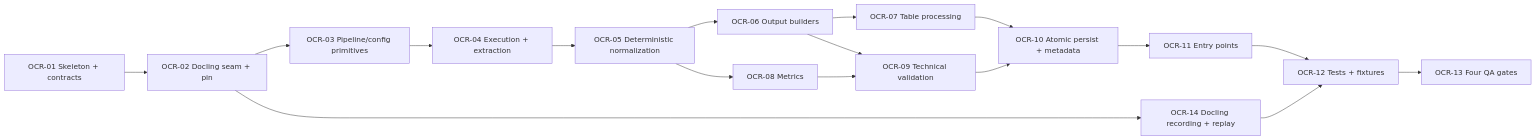
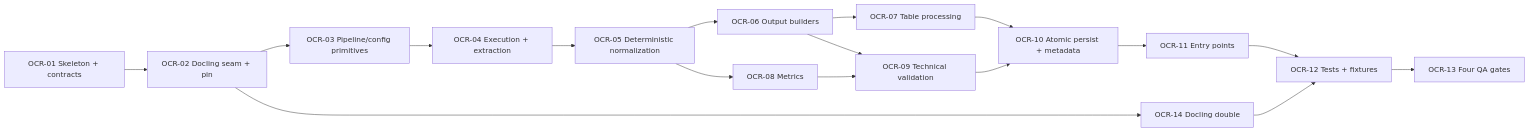
Before and after one commit to mariogarcia-ar/docflow: the diagram in docs/plan/issues/wbs-procesador-ocr.md, drawn with Mermaid. The commit also changed other lines of this file and 14 other files, not shown here.

````diff
--- a/docs/plan/issues/wbs-procesador-ocr.md
+++ b/docs/plan/issues/wbs-procesador-ocr.md
@@ -297,19 +283,19 @@
 ```mermaid
 flowchart LR
     OCR01["OCR-01 Skeleton + contracts"] --> OCR02["OCR-02 Docling seam + pin"]
     OCR02 --> OCR03["OCR-03 Pipeline/config primitives"]
     OCR03 --> OCR04["OCR-04 Execution + extraction"]
     OCR04 --> OCR05["OCR-05 Deterministic normalization"]
     OCR05 --> OCR06["OCR-06 Output builders"]
     OCR05 --> OCR08["OCR-08 Metrics"]
     OCR06 --> OCR07["OCR-07 Table processing"]
     OCR06 --> OCR09["OCR-09 Technical validation"]
     OCR08 --> OCR09
     OCR07 --> OCR10["OCR-10 Atomic persist + metadata"]
     OCR09 --> OCR10
     OCR10 --> OCR11["OCR-11 Entry points"]
     OCR11 --> OCR12["OCR-12 Tests + fixtures"]
     OCR12 --> OCR13["OCR-13 Four QA gates"]
-    OCR02 --> OCR14["OCR-14 Docling recording + replay"]
+    OCR02 --> OCR14["OCR-14 Docling double"]
     OCR14 --> OCR12
 ```
````
